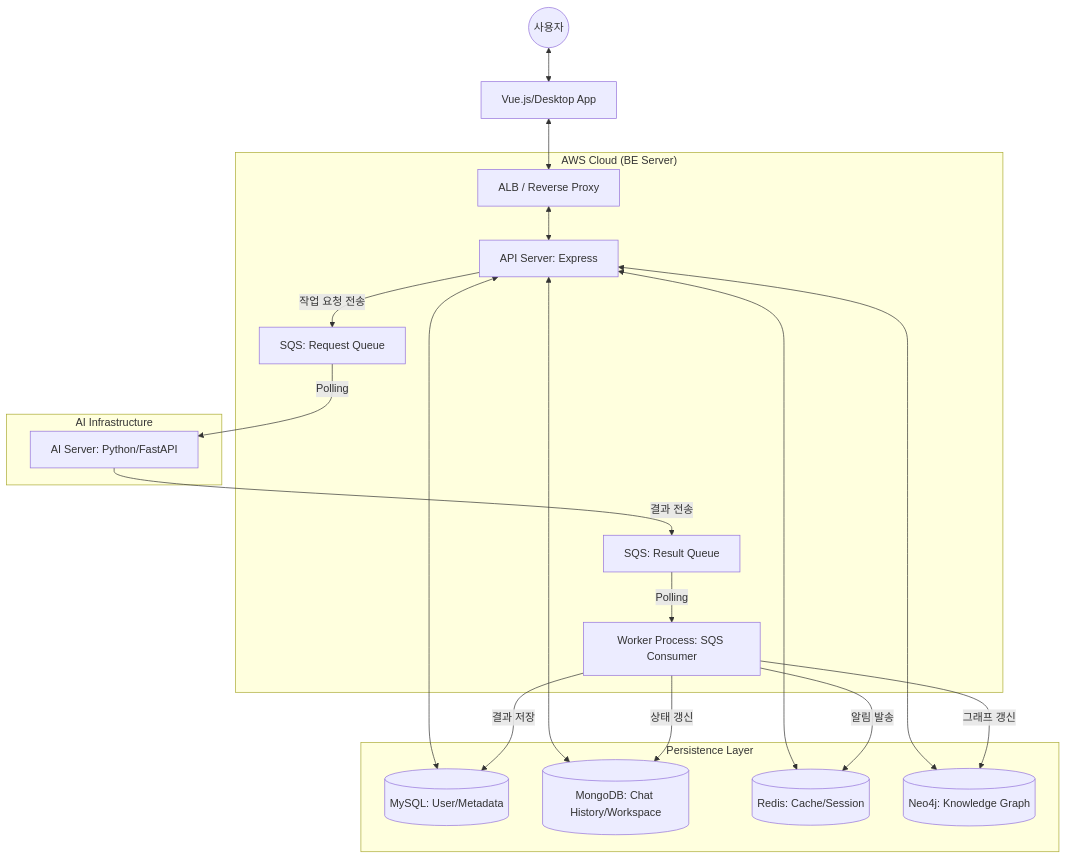
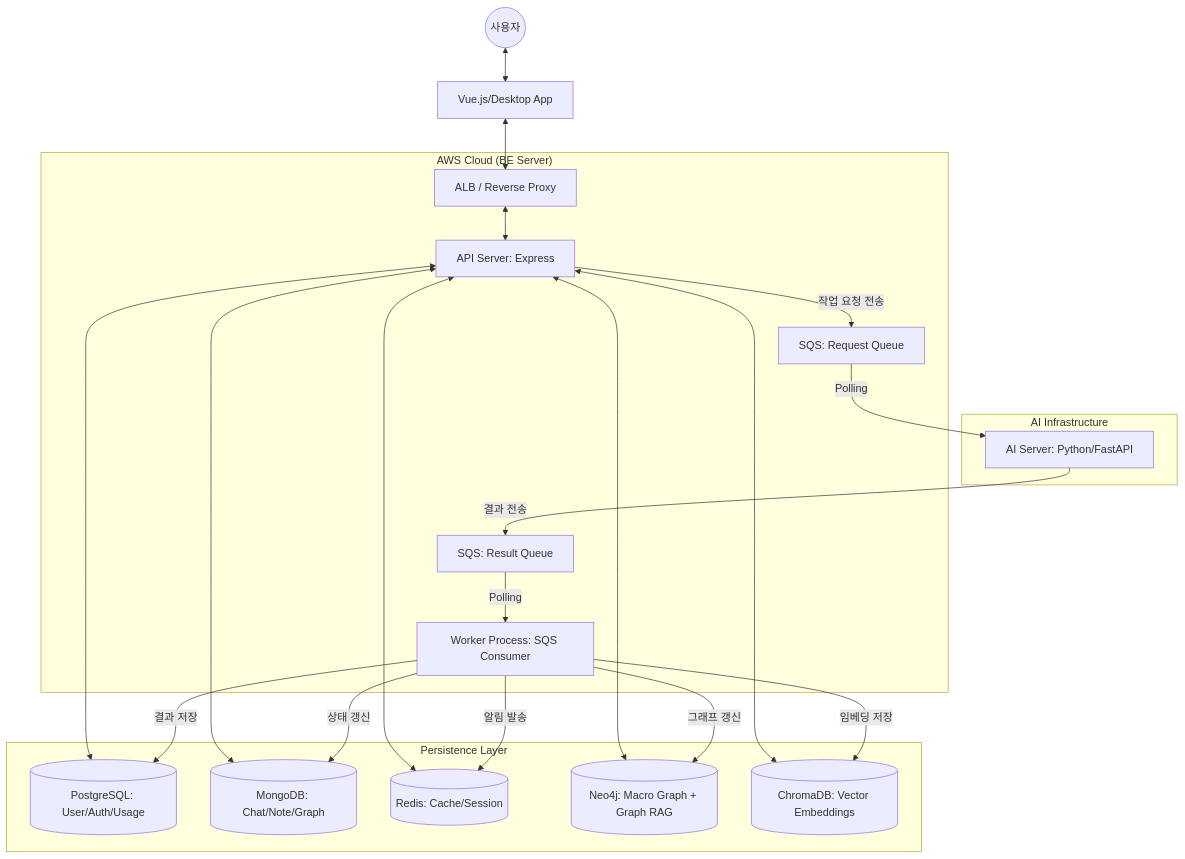
The diagram in docs/architecture/ARCHITECTURE.md (TACO-FOR-ALL/GraphNode_BE), drawn with Mermaid before and after one commit. The commit also changed other lines of this file and 19 other files, not shown here.

````diff
--- a/docs/architecture/ARCHITECTURE.md
+++ b/docs/architecture/ARCHITECTURE.md
@@ -9,44 +11,47 @@
 ```mermaid
 graph TD
     User((사용자))
     Client[Vue.js/Desktop App]
     
     subgraph "AWS Cloud (BE Server)"
         ALB[ALB / Reverse Proxy]
         API[API Server: Express]
         Worker[Worker Process: SQS Consumer]
         SQS_Req[SQS: Request Queue]
         SQS_Res[SQS: Result Queue]
     end
-    
+
     subgraph "AI Infrastructure"
         AI_Server[AI Server: Python/FastAPI]
     end
-    
+
     subgraph "Persistence Layer"
-        MySQL[(MySQL: User/Metadata)]
-        Mongo[(MongoDB: Chat History/Workspace)]
+        PG[(PostgreSQL: User/Auth/Usage)]
+        Mongo[(MongoDB: Chat/Note/Graph)]
         Redis[(Redis: Cache/Session)]
-        Neo4j[(Neo4j: Knowledge Graph)]
+        Neo4j[(Neo4j: Macro Graph + Graph RAG)]
+        Chroma[(ChromaDB: Vector Embeddings)]
     end
 
     User <--> Client
     Client <--> ALB
     ALB <--> API
-    
-    API <--> MySQL
+
+    API <--> PG
     API <--> Mongo
     API <--> Redis
     API <--> Neo4j
-    
+    API <--> Chroma
+
     API -- "작업 요청 전송" --> SQS_Req
     SQS_Req -- "Polling" --> AI_Server
-    
+
     AI_Server -- "결과 전송" --> SQS_Res
     SQS_Res -- "Polling" --> Worker
-    
-    Worker -- "결과 저장" --> MySQL
+
+    Worker -- "결과 저장" --> PG
     Worker -- "상태 갱신" --> Mongo
     Worker -- "그래프 갱신" --> Neo4j
+    Worker -- "임베딩 저장" --> Chroma
     Worker -- "알림 발송" --> Redis
 ```
````
